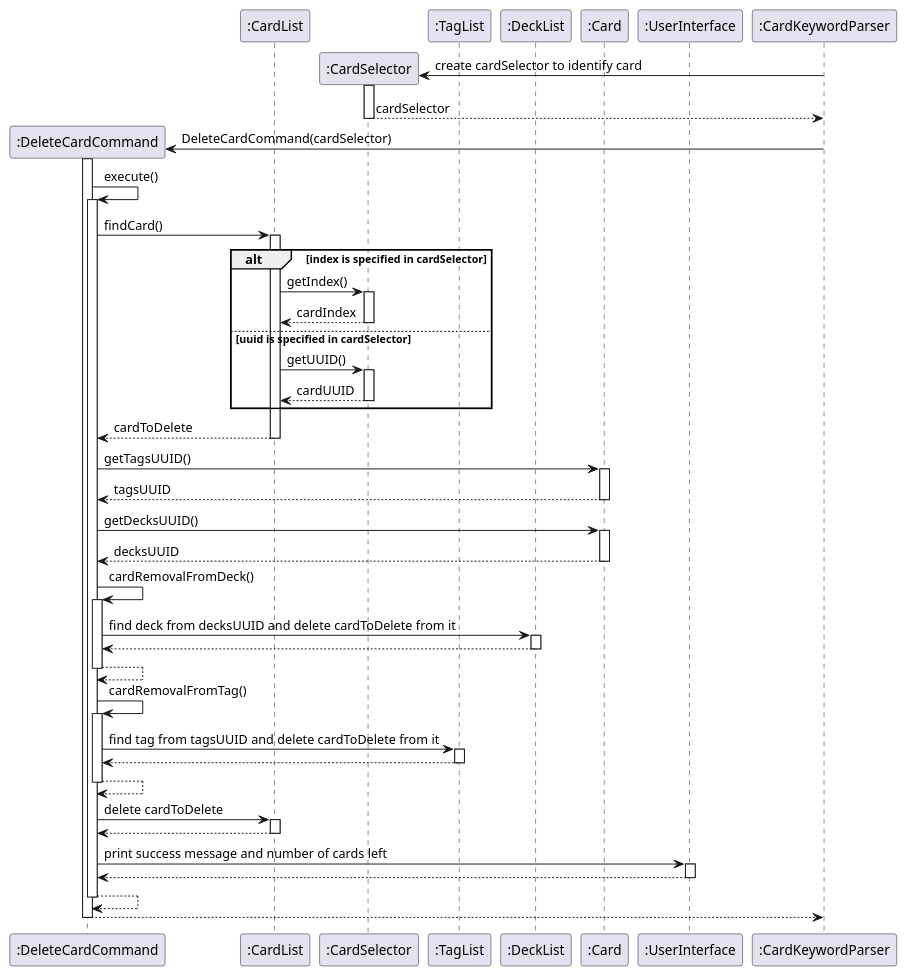
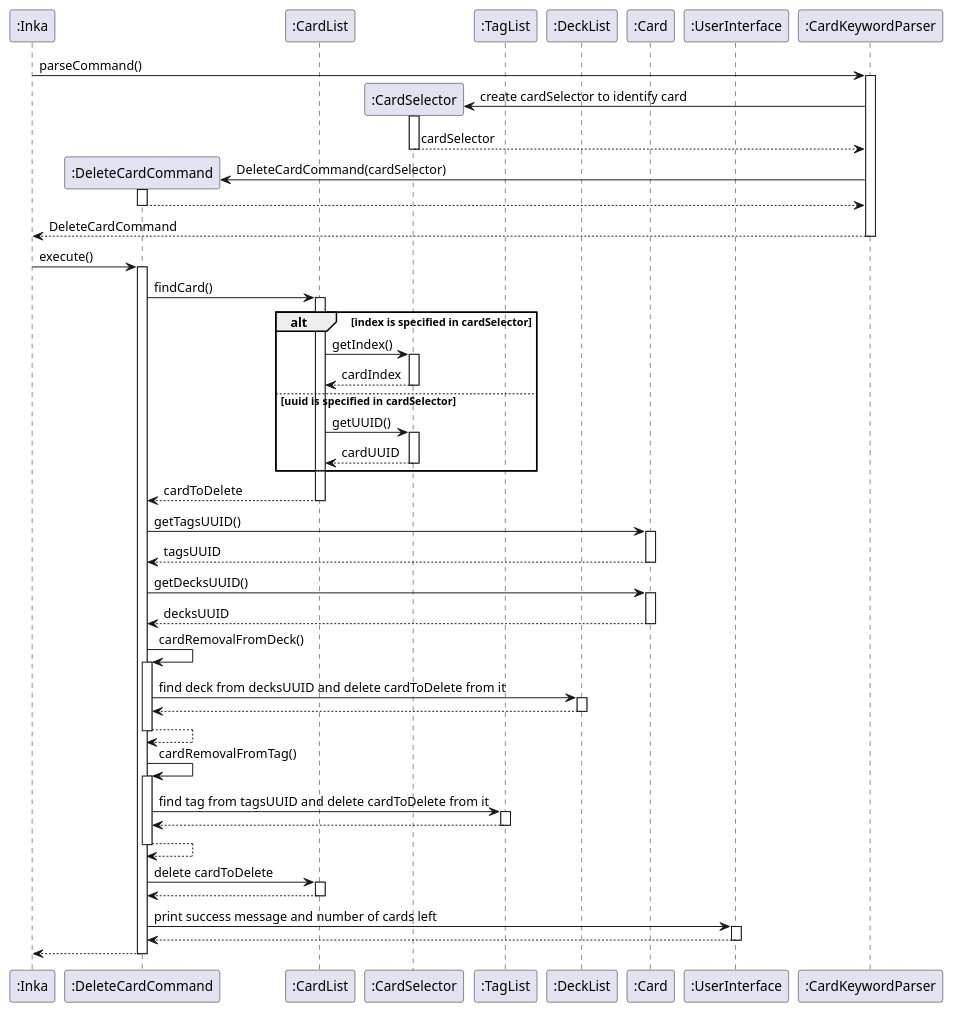
Before and after one commit to nus-cs2113-AY2223S2/tp: the diagram in docs/uml/CardDeleteSequence.puml, drawn with PlantUML. The commit also changed 9 other files, not shown here.

Commit message:
Update sequence diagrams for more accurate constructor calls and etc

```diff
--- a/docs/uml/CardDeleteSequence.puml
+++ b/docs/uml/CardDeleteSequence.puml
@@ -1,57 +1,61 @@
 @startuml CardDeleteSequence
 
 autoactivate on
 
+participant ":Inka" as Inka
 participant ":DeleteCardCommand" as DeleteCardCommand
 participant ":CardList" as CardList
 participant ":CardSelector" as CardSelector
 participant ":TagList" as TagList
 participant ":DeckList" as DeckList
 participant ":Card" as Card
 participant ":UserInterface" as UserInterface
 participant ":CardKeywordParser" as CardKeywordParser
 
+Inka -> CardKeywordParser : parseCommand()
+
 Create CardSelector
 CardKeywordParser -> CardSelector : create cardSelector to identify card
 return cardSelector
 
 Create DeleteCardCommand
 CardKeywordParser -> DeleteCardCommand : DeleteCardCommand(cardSelector)
+return
 
-DeleteCardCommand -> DeleteCardCommand : execute()
+return DeleteCardCommand
+
+Inka -> DeleteCardCommand : execute()
 DeleteCardCommand -> CardList : findCard()
 
 alt index is specified in cardSelector
 CardList -> CardSelector : getIndex()
 return cardIndex
 else uuid is specified in cardSelector
 CardList -> CardSelector : getUUID()
 return cardUUID
 end
 return cardToDelete
 
 DeleteCardCommand -> Card : getTagsUUID()
 return tagsUUID
 DeleteCardCommand -> Card : getDecksUUID()
 return decksUUID
 
 DeleteCardCommand -> DeleteCardCommand : cardRemovalFromDeck()
 DeleteCardCommand -> DeckList : find deck from decksUUID and delete cardToDelete from it
 return
 return
 
 DeleteCardCommand -> DeleteCardCommand : cardRemovalFromTag()
 DeleteCardCommand -> TagList : find tag from tagsUUID and delete cardToDelete from it
 return
 return
 
 DeleteCardCommand -> CardList : delete cardToDelete
 return
 
 DeleteCardCommand -> UserInterface : print success message and number of cards left
 return
 
 return
-
-return
 @enduml
```
